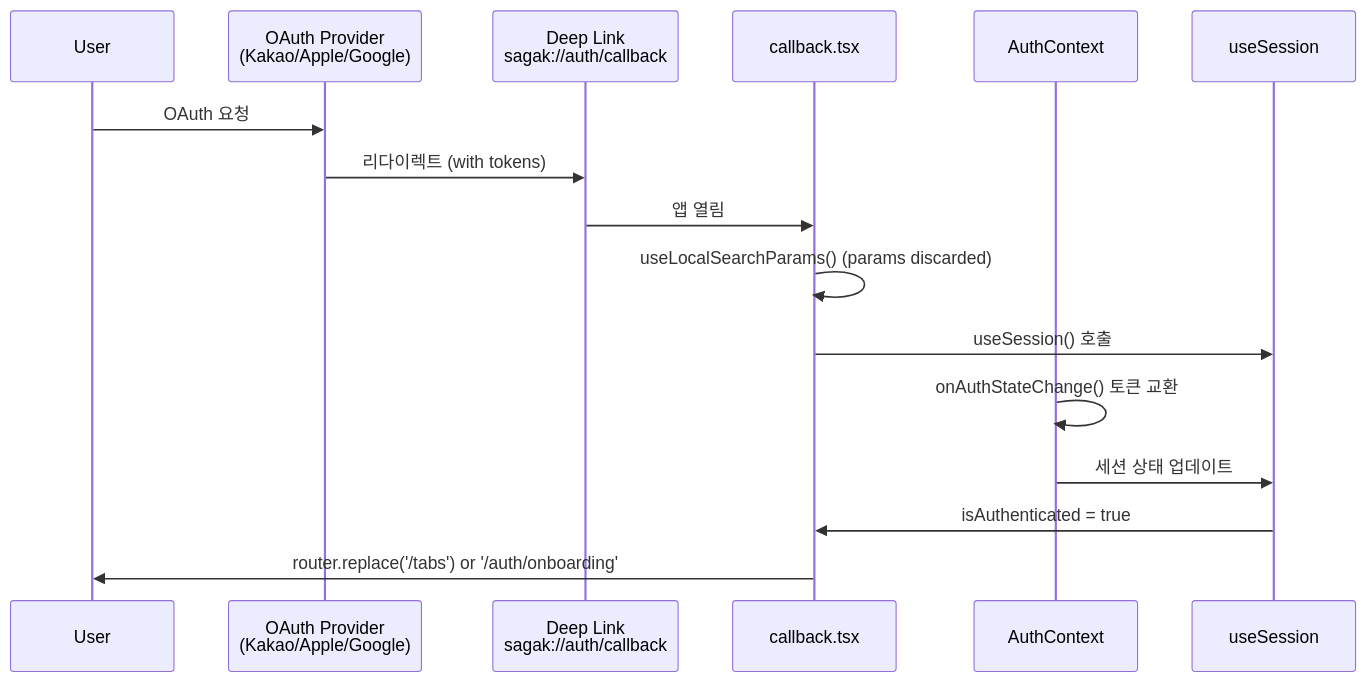
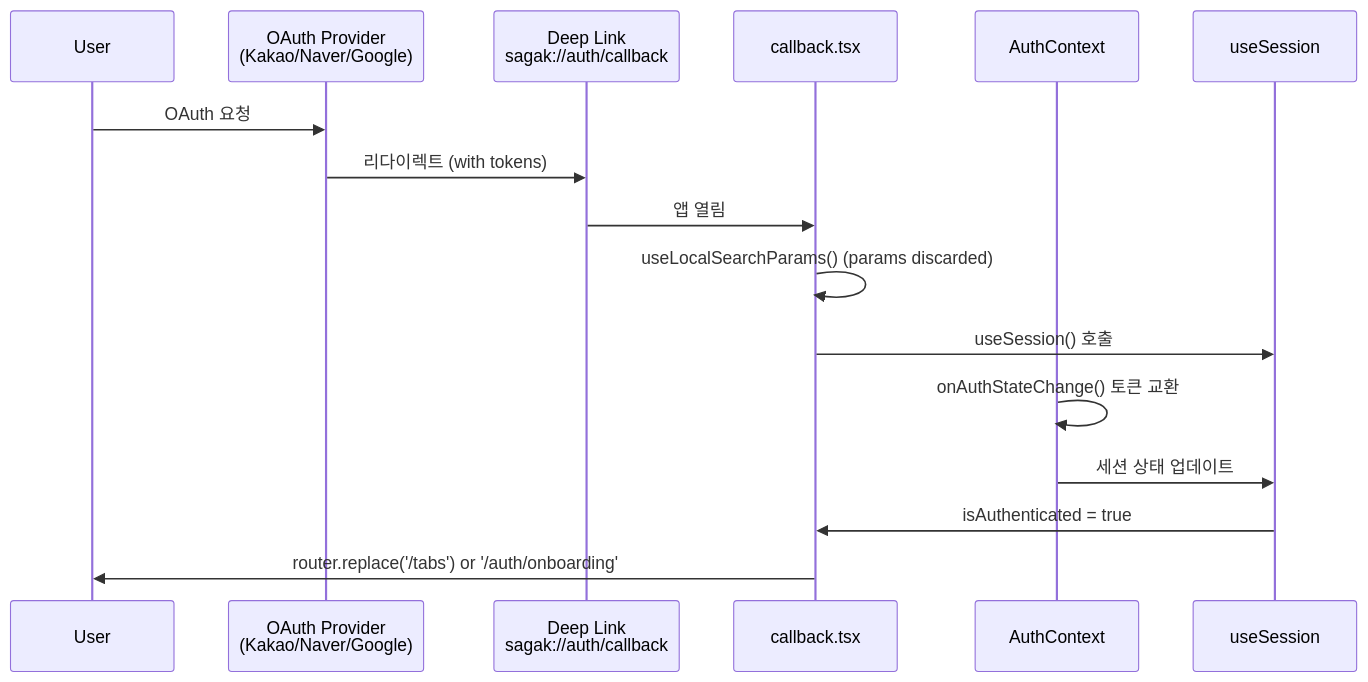
One commit to ip9202/sagak changed the second of 3 diagrams in .moai/project/codemaps/entry-points.md. Above: the diagram before and after it, drawn with Mermaid. The commit also changed 4 other files, not shown here.

First line of the commit message:
docs(sync): SPEC-AUTH-001 provider 변경(apple→naver) codemaps 동기화

````diff
--- a/.moai/project/codemaps/entry-points.md
+++ b/.moai/project/codemaps/entry-points.md
@@ -218,19 +218,19 @@
 ```mermaid
 sequenceDiagram
     participant User as User
-    participant OAuth as OAuth Provider<br/>(Kakao/Apple/Google)
+    participant OAuth as OAuth Provider<br/>(Kakao/Naver/Google)
     participant DeepLink as Deep Link<br/>sagak://auth/callback
     participant Callback as callback.tsx
     participant AuthContext as AuthContext
     participant Session as useSession
 
     User->>OAuth: OAuth 요청
     OAuth->>DeepLink: 리다이렉트 (with tokens)
     DeepLink->>Callback: 앱 열림
     Callback->>Callback: useLocalSearchParams() (params discarded)
     Callback->>Session: useSession() 호출
     AuthContext->>AuthContext: onAuthStateChange() 토큰 교환
     AuthContext->>Session: 세션 상태 업데이트
     Session->>Callback: isAuthenticated = true
     Callback->>User: router.replace('/tabs') or '/auth/onboarding'
 ```
````
